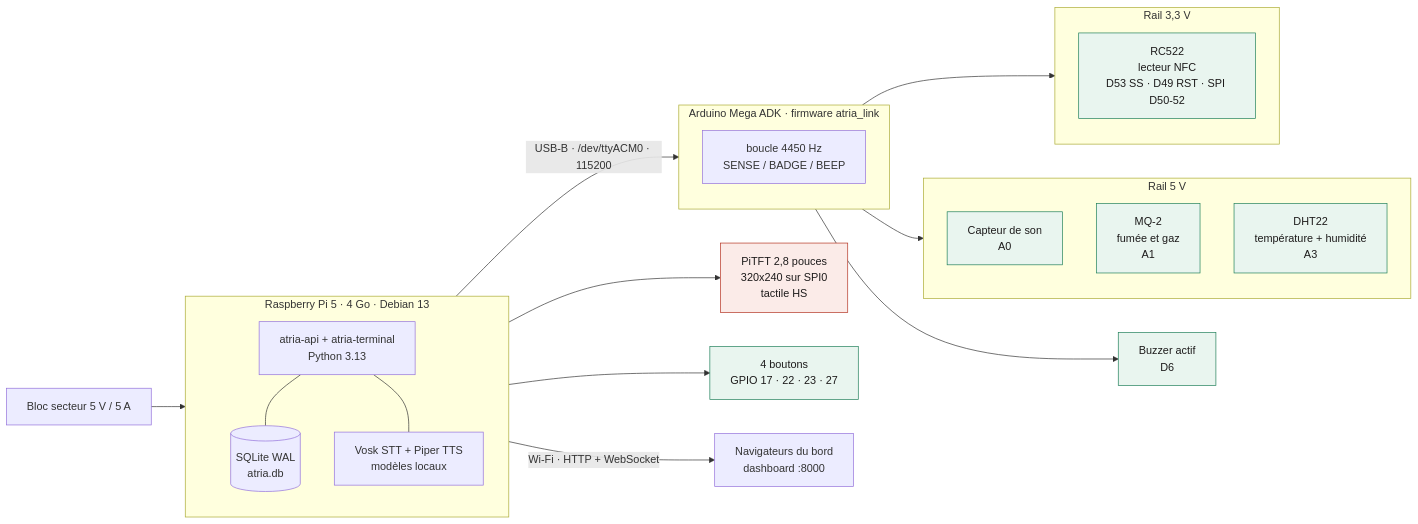
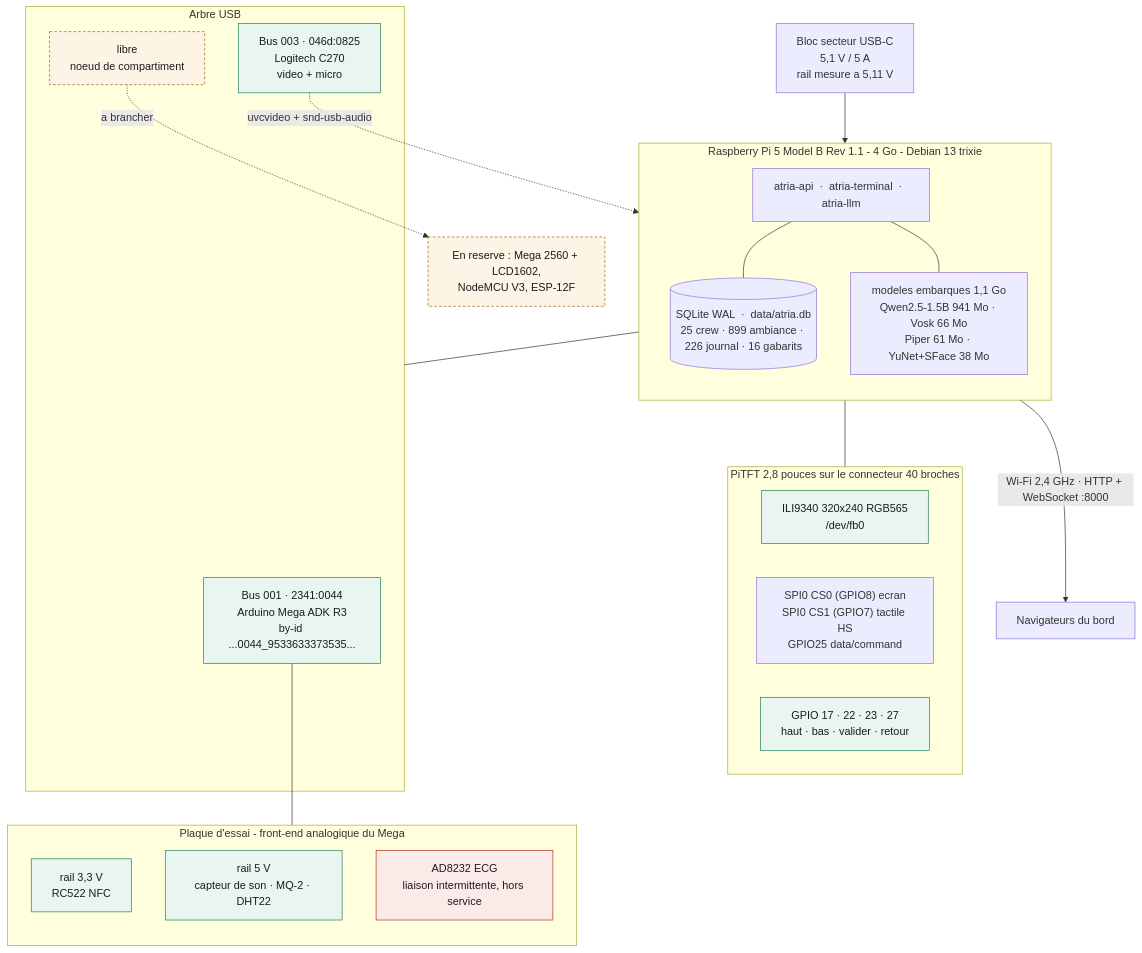
The first of 3 diagrams in docs/montage.md (AirKyzzZ/workshop-2026), drawn with Mermaid before and after one commit. The commit also changed other lines of this file and 1 other file, not shown here.

Commit message:
docs: montage releve sur la carte, thermique et micro de la webcam

````diff
--- a/docs/montage.md
+++ b/docs/montage.md
@@ -12,45 +15,49 @@
 ```mermaid
-graph LR
-  SECTEUR["Bloc secteur 5 V / 5 A"]
+graph TB
+  SECTEUR["Bloc secteur USB-C<br/>5,1 V / 5 A<br/>rail mesure a 5,11 V"]
 
-  subgraph PI["Raspberry Pi 5 · 4 Go · Debian 13"]
-    SERVICES["atria-api + atria-terminal<br/>Python 3.13"]
-    BASE[("SQLite WAL<br/>atria.db")]
-    VOIX["Vosk STT + Piper TTS<br/>modèles locaux"]
+  subgraph PI["Raspberry Pi 5 Model B Rev 1.1 - 4 Go - Debian 13 trixie"]
+    direction TB
+    SERVICES["atria-api  ·  atria-terminal  ·  atria-llm"]
+    BASE[("SQLite WAL  ·  data/atria.db<br/>25 crew · 899 ambiance · 226 journal · 16 gabarits")]
+    MODELES["modeles embarques 1,1 Go<br/>Qwen2.5-1.5B 941 Mo · Vosk 66 Mo<br/>Piper 61 Mo · YuNet+SFace 38 Mo"]
   end
 
-  subgraph MEGA["Arduino Mega ADK · firmware atria_link"]
-    LOOP["boucle 4450 Hz<br/>SENSE / BADGE / BEEP"]
+  subgraph HAT["PiTFT 2,8 pouces sur le connecteur 40 broches"]
+    ECRAN["ILI9340 320x240 RGB565<br/>/dev/fb0"]
+    GPIOS["SPI0 CS0 (GPIO8) ecran<br/>SPI0 CS1 (GPIO7) tactile HS<br/>GPIO25 data/command"]
+    BOUTONS["GPIO 17 · 22 · 23 · 27<br/>haut · bas · valider · retour"]
   end
 
-  subgraph R33["Rail 3,3 V"]
-    RC522["RC522<br/>lecteur NFC<br/>D53 SS · D49 RST · SPI D50-52"]
+  subgraph USB["Arbre USB"]
+    MEGA["Bus 001 · 2341:0044<br/>Arduino Mega ADK R3<br/>by-id ...0044_9533633373535..."]
+    CAM["Bus 003 · 046d:0825<br/>Logitech C270<br/>video + micro"]
+    NOEUD["libre<br/>noeud de compartiment"]
   end
 
-  subgraph R5["Rail 5 V"]
-    MIC["Capteur de son<br/>A0"]
-    MQ2["MQ-2<br/>fumée et gaz<br/>A1"]
-    DHT["DHT22<br/>température + humidité<br/>A3"]
+  subgraph PLAQUE["Plaque d'essai - front-end analogique du Mega"]
+    direction TB
+    R33["rail 3,3 V<br/>RC522 NFC"]
+    R5["rail 5 V<br/>capteur de son · MQ-2 · DHT22"]
+    ECG["AD8232 ECG<br/>liaison intermittente, hors service"]
   end
 
-  PITFT["PiTFT 2,8 pouces<br/>320x240 sur SPI0<br/>tactile HS"]
-  BOUTONS["4 boutons<br/>GPIO 17 · 22 · 23 · 27"]
-  BUZZER["Buzzer actif<br/>D6"]
-  CLIENTS["Navigateurs du bord<br/>dashboard :8000"]
+  RESERVE["En reserve : Mega 2560 + LCD1602,<br/>NodeMCU V3, ESP-12F"]
 
   SECTEUR --> PI
-  PI -- "USB-B · /dev/ttyACM0 · 115200" --> MEGA
-  PI --> PITFT
-  PI --> BOUTONS
-  MEGA --> R33
-  MEGA --> R5
-  MEGA --> BUZZER
+  PI --- HAT
+  PI --- USB
+  MEGA --- PLAQUE
   SERVICES --- BASE
-  SERVICES --- VOIX
-  PI -- "Wi-Fi · HTTP + WebSocket" --> CLIENTS
+  SERVICES --- MODELES
+  CAM -. "uvcvideo + snd-usb-audio" .-> SERVICES
+  NOEUD -. "a brancher" .-> RESERVE
+  PI -- "Wi-Fi 2,4 GHz · HTTP + WebSocket :8000" --> CLIENTS["Navigateurs du bord"]
 
   classDef ok fill:#E9F5EF,stroke:#1E7F58,color:#1D1B1B;
   classDef hs fill:#FBEBE8,stroke:#B3311F,color:#1D1B1B;
-  class RC522,MIC,MQ2,DHT,BUZZER,BOUTONS ok;
-  class PITFT hs;
+  classDef futur fill:#FDF4E6,stroke:#9A6410,color:#1D1B1B,stroke-dasharray:4 3;
+  class MEGA,CAM,ECRAN,BOUTONS,R33,R5 ok;
+  class ECG hs;
+  class NOEUD,RESERVE futur;
 ```
````
